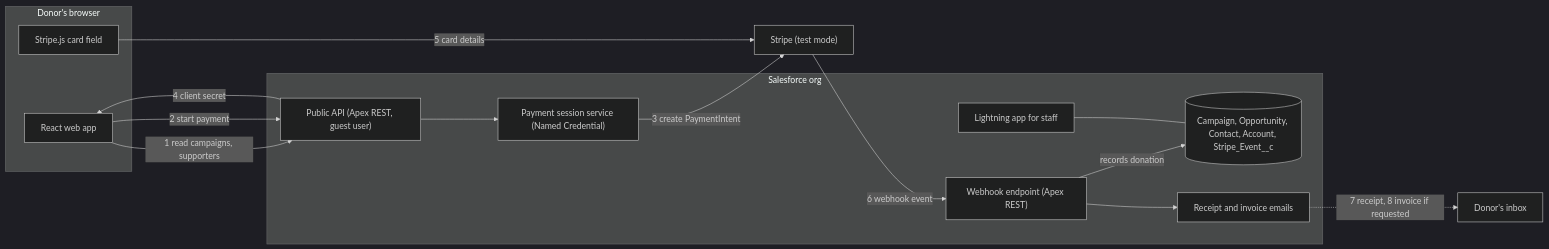
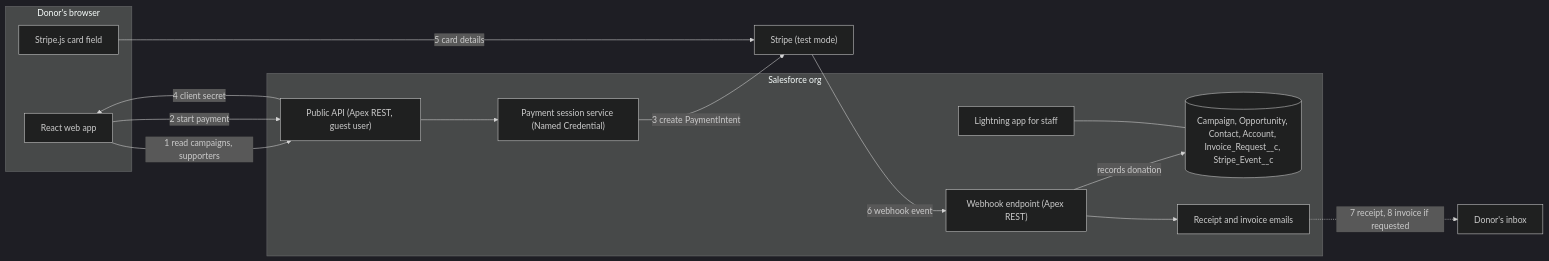
Before and after one commit to hjanssena/Salesforce-Donations: the first of 2 diagrams in docs/requirements/architecture/solution-architecture.md, drawn with Mermaid (dark theme). The commit also changed other lines of this file and 1 other file, not shown here.

Commit message:
docs(architecture): restore invoice request as its own object

````diff
--- a/docs/requirements/architecture/solution-architecture.md
+++ b/docs/requirements/architecture/solution-architecture.md
@@ -15,29 +15,29 @@
 ```mermaid
 flowchart LR
   subgraph Donor["Donor's browser"]
     App["React web app"]
     Card["Stripe.js card field"]
   end
   subgraph SF["Salesforce org"]
     API["Public API (Apex REST, guest user)"]
     Session["Payment session service (Named Credential)"]
     Hook["Webhook endpoint (Apex REST)"]
-    Records[("Campaign, Opportunity, Contact, Account, Stripe_Event__c")]
+    Records[("Campaign, Opportunity, Contact, Account, Invoice_Request__c, Stripe_Event__c")]
     Staff["Lightning app for staff"]
     Mail["Receipt and invoice emails"]
   end
   Stripe["Stripe (test mode)"]
   Inbox["Donor's inbox"]
 
   App -->|"1 read campaigns, supporters"| API
   App -->|"2 start payment"| API
   API --> Session
   Session -->|"3 create PaymentIntent"| Stripe
   API -->|"4 client secret"| App
   Card -->|"5 card details"| Stripe
   Stripe -->|"6 webhook event"| Hook
   Hook -->|"records donation"| Records
   Hook --> Mail
   Mail -.->|"7 receipt, 8 invoice if requested"| Inbox
   Staff --- Records
 ```
````
